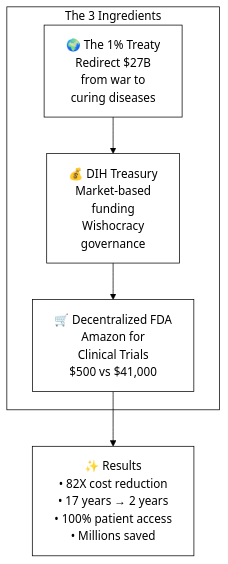
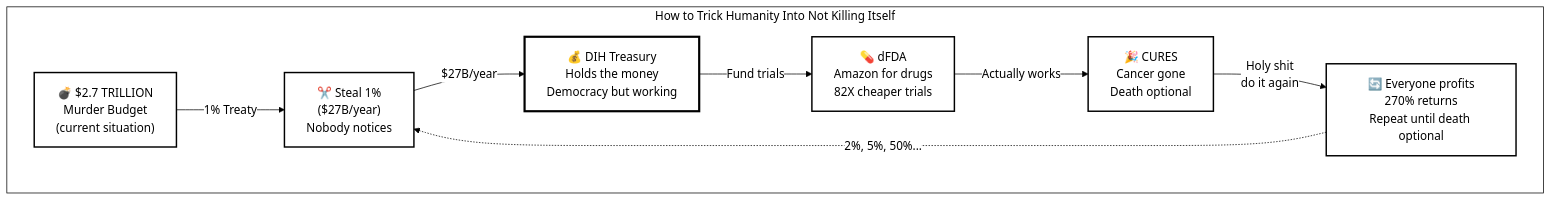
The diagram in brain/figures/three-ingredients-system-diagram.qmd (mikepsinn/disease-eradication-plan), drawn with Mermaid before and after one commit. The commit also changed 2 other files, not shown here.

Commit message:
Refactor index.qmd and related diagrams to enhance clarity and engagement. Updated visuals to better illustrate the concepts of the 1% Treaty and its impact on healthcare funding. Comments added to previously included diagrams for improved readability. The flowcharts now emphasize the progression from military spending to healthcare solutions, reinforcing the urgency of the proposed changes.

````diff
--- a/brain/figures/three-ingredients-system-diagram.qmd
+++ b/brain/figures/three-ingredients-system-diagram.qmd
@@ -1,15 +1,31 @@
 ```{mermaid}
-%%{init: {'theme':'base', 'themeVariables': { 'primaryColor':'#fff', 'primaryTextColor':'#000', 'primaryBorderColor':'#000', 'lineColor':'#000', 'secondaryColor':'#fff', 'tertiaryColor':'#fff', 'clusterBkg':'#fff', 'clusterBorder':'#000', 'edgeLabelBackground':'#fff', 'fontFamily':'Courier New, monospace'}}}%%
-flowchart TB
-    subgraph "The 3 Ingredients"
-        Treaty["🌍 The 1% Treaty<br/>Redirect $27B<br/>from war to<br/>curing diseases"]
-
-        DIH["💰 DIH Treasury<br/>Market-based<br/>funding<br/>Wishocracy<br/>governance"]
-
-        dFDA["🛒 Decentralized FDA<br/>Amazon for<br/>Clinical Trials<br/>$500 vs $41,000"]
+%%{init: {'theme':'base', 'themeVariables': { 'primaryColor':'#fff', 'primaryTextColor':'#000', 'primaryBorderColor':'#000', 'lineColor':'#000', 'secondaryColor':'#fff', 'tertiaryColor':'#fff', 'background':'#fff', 'mainBkg':'#fff', 'secondBkg':'#fff', 'tertiaryBkg':'#fff', 'clusterBkg':'#fff', 'clusterBorder':'#000', 'edgeLabelBackground':'#fff', 'fontFamily':'monospace'}}}%%
+graph TB
+    subgraph "How to Trick Humanity Into Not Killing Itself"
+        Military["💣 $2.7 TRILLION<br/>Murder Budget<br/>(current situation)"]
+        
+        Treaty["✂️ Steal 1%<br/>($27B/year)<br/>Nobody notices"]
+        
+        DIH["💰 DIH Treasury<br/>Holds the money<br/>Democracy but working"]
+        
+        DFDA["💊 dFDA<br/>Amazon for drugs<br/>82X cheaper trials"]
+        
+        Cures["🎉 CURES<br/>Cancer gone<br/>Death optional"]
+        
+        Feedback["🔄 Everyone profits<br/>270% returns<br/>Repeat until death optional"]
     end
-
-    Treaty --> DIH
-    DIH --> dFDA
-    dFDA --> Results["✨ Results<br/>• 82X cost reduction<br/>• 17 years → 2 years<br/>• 100% patient access<br/>• Millions saved"]
+    
+    Military -->|"1% Treaty"| Treaty
+    Treaty -->|"$27B/year"| DIH
+    DIH -->|"Fund trials"| DFDA
+    DFDA -->|"Actually works"| Cures
+    Cures -->|"Holy shit<br/>do it again"| Feedback
+    Feedback -.->|"2%, 5%, 50%..."| Treaty
+    
+    style Military fill:#fff,stroke:#000,color:#000,stroke-width:2px
+    style Treaty fill:#fff,stroke:#000,color:#000,stroke-width:2px
+    style DIH fill:#fff,stroke:#000,color:#000,stroke-width:3px
+    style DFDA fill:#fff,stroke:#000,color:#000,stroke-width:2px
+    style Cures fill:#fff,stroke:#000,color:#000,stroke-width:2px
+    style Feedback fill:#fff,stroke:#000,color:#000,stroke-width:2px
 ```
````
